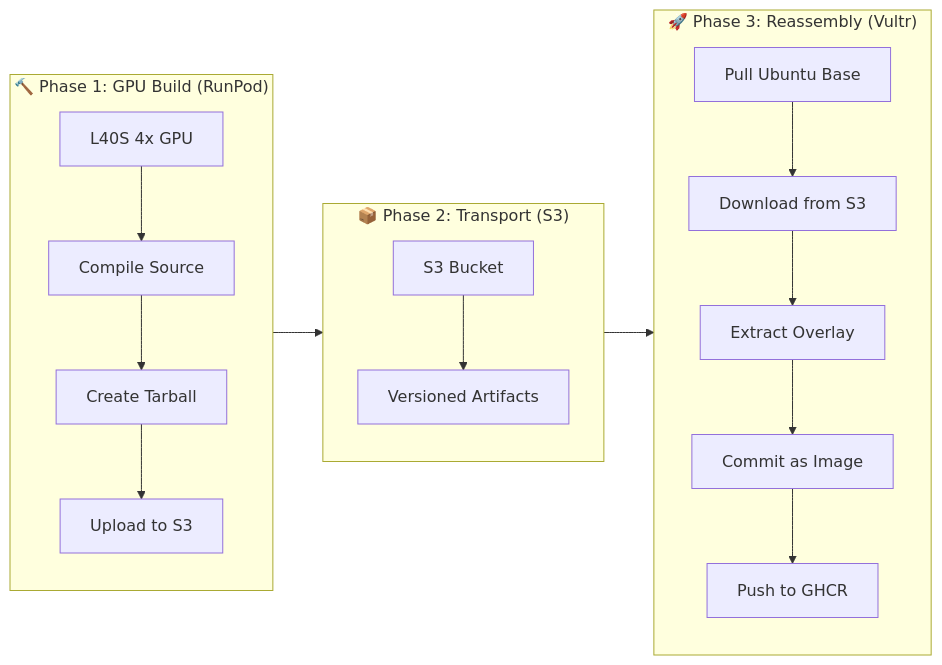
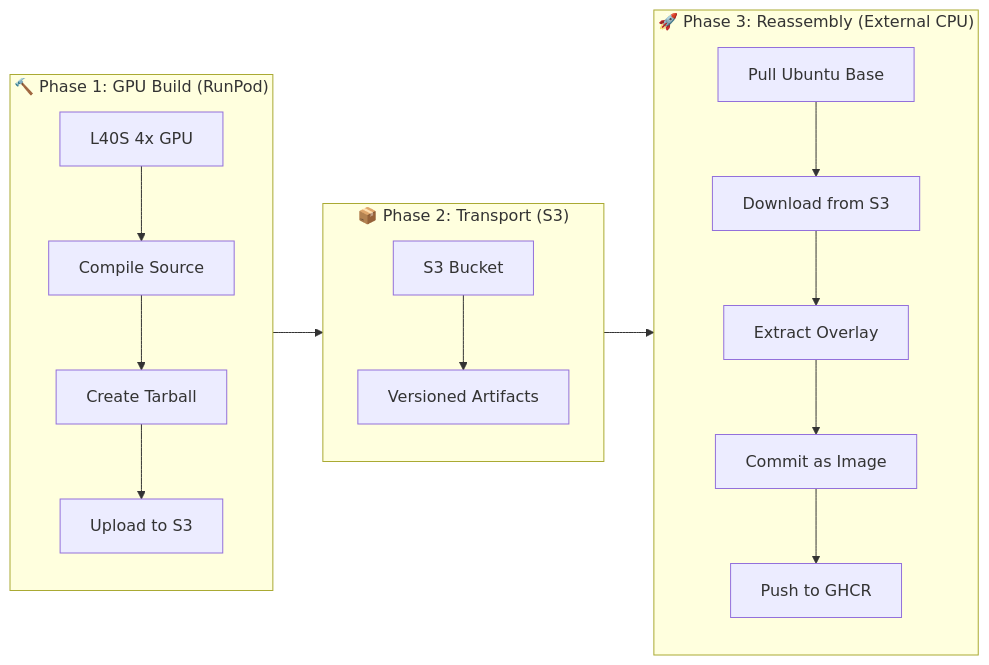
The diagram in docs/HYBRID_BUILD_WORKFLOW.md (explicitcontextualunderstanding/IsaacSim), drawn with Mermaid before and after one commit. The commit also changed other lines of this file and 1 other file, not shown here.

Commit message:
docs: Clean up remaining Vultr references
- Replace Vultr-specific wording with generic 'external CPU'
- Keep Vultr as one option among many (Vultr/AWS/GCP/Local)
- VULTR_BUILD_GUIDE.md remains deprecated as legacy reference

````diff
--- a/docs/HYBRID_BUILD_WORKFLOW.md
+++ b/docs/HYBRID_BUILD_WORKFLOW.md
@@ -32,22 +32,22 @@
 ```mermaid
 flowchart LR
     subgraph Build["🔨 Phase 1: GPU Build (RunPod)"]
         B1[L40S 4x GPU] --> B2[Compile Source]
         B2 --> B3[Create Tarball]
         B3 --> B4[Upload to S3]
     end
 
     subgraph Store["📦 Phase 2: Transport (S3)"]
         S1[S3 Bucket] --> S2[Versioned Artifacts]
     end
 
-    subgraph Assemble["🚀 Phase 3: Reassembly (Vultr)"]
-        A1[Pull Ubuntu Base] --> A2[Download from S3]
-        A2 --> A3[Extract Overlay]
-        A3 --> A4[Commit as Image]
-        A4 --> A5[Push to GHCR]
+subgraph Assemble["🚀 Phase 3: Reassembly (External CPU)"]
+    A1[Pull Ubuntu Base] --> A2[Download from S3]
+    A2 --> A3[Extract Overlay]
+    A3 --> A4[Commit as Image]
+    A4 --> A5[Push to GHCR]
     end
 
     Build --> Store
     Store --> Assemble
 ```
````
